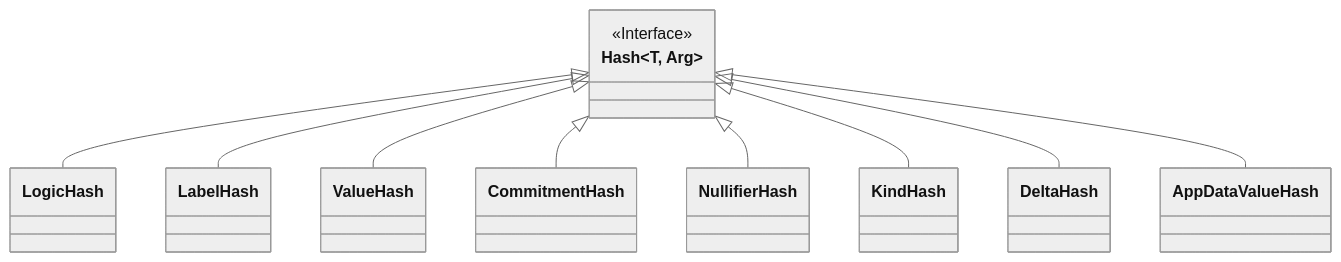
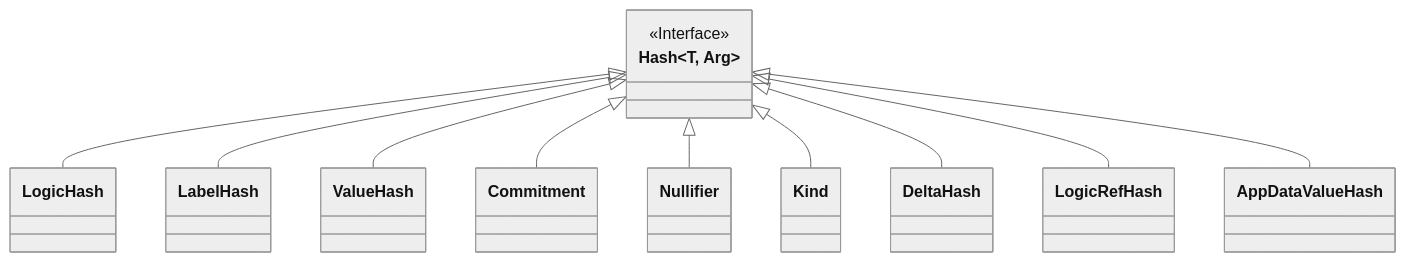
The diagram in docs/system_architecture/state/resource_machine/primitive_interfaces/fixed_size_type/hash.md (anoma/nspec), drawn with Mermaid (neutral theme) before and after one commit. The commit also changed other lines of this file and 12 other files, not shown here.

Commit message:
Continue editing data structures, write execution flow

````diff
--- a/docs/system_architecture/state/resource_machine/primitive_interfaces/fixed_size_type/hash.md
+++ b/docs/system_architecture/state/resource_machine/primitive_interfaces/fixed_size_type/hash.md
@@ -17,20 +17,21 @@
 ```mermaid
 
 classDiagram
 
     class Hash~T, Arg~ {
          <<Interface>>
     }
 
     Hash <|-- LogicHash
     Hash <|-- LabelHash
     Hash <|-- ValueHash
 
-    Hash <|-- CommitmentHash
-    Hash <|-- NullifierHash
-    Hash <|-- KindHash
+    Hash <|-- Commitment
+    Hash <|-- Nullifier
+    Hash <|-- Kind
     Hash <|-- DeltaHash
+    Hash <|-- LogicRefHash
 
     Hash <|-- AppDataValueHash
 
 ```
````
